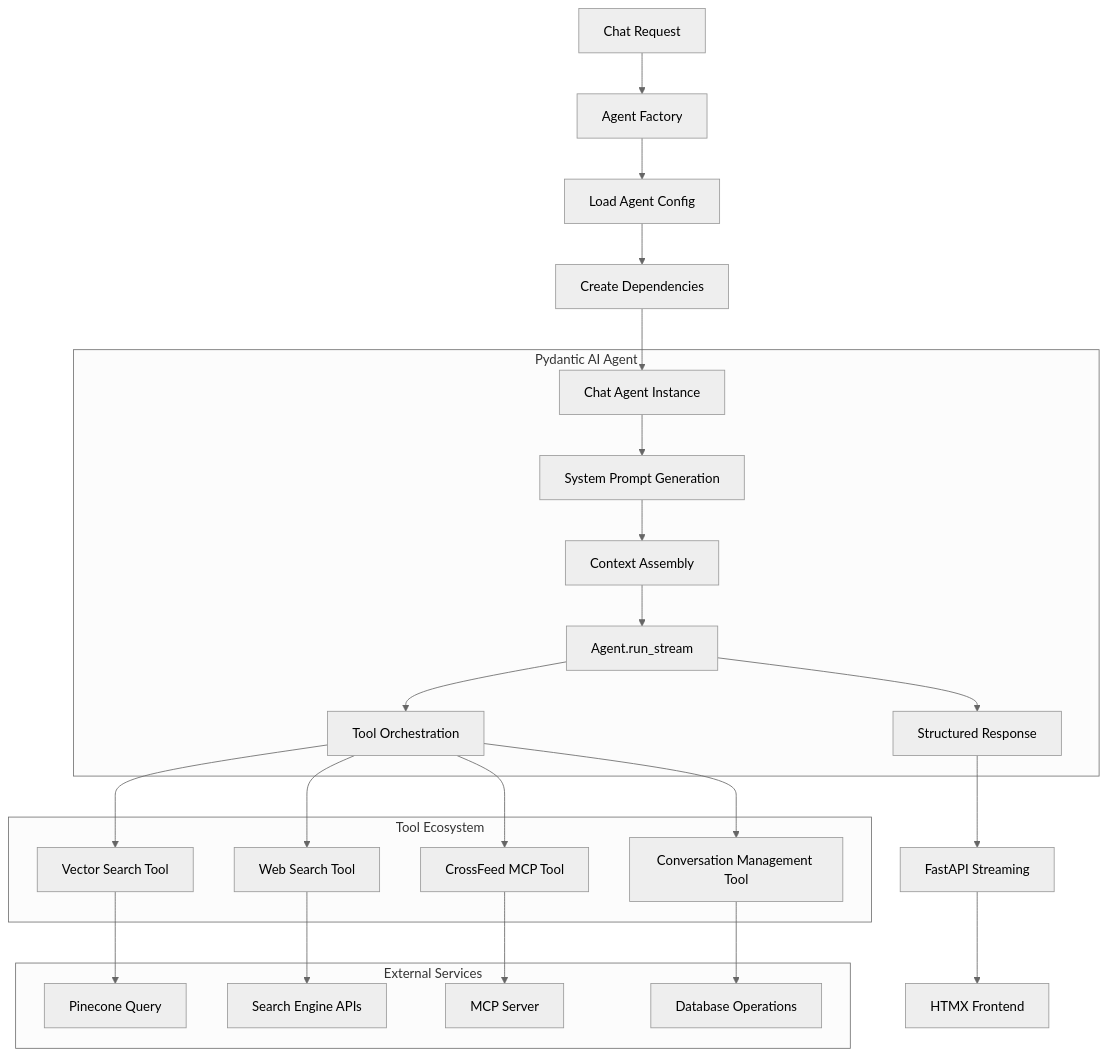
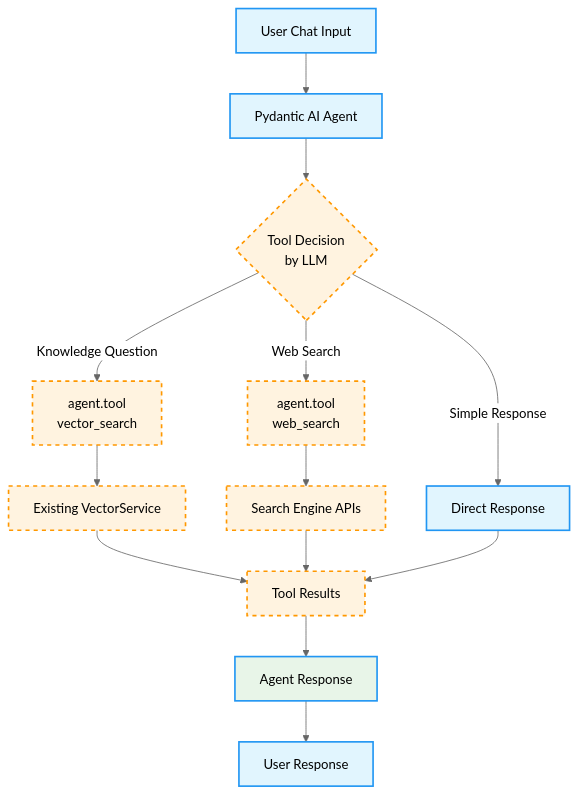
One commit to creatifire/salient02 changed the second of 2 diagrams in memorybank/project-management/0017-simple-chat-agent.md. Above: the diagram before and after it, drawn with Mermaid (neutral theme). The commit also changed other lines of this file, not shown here.

First line of the commit message:
feat: incorporate parallel endpoint strategy into simple chat agent design

````diff
--- a/memorybank/project-management/0017-simple-chat-agent.md
+++ b/memorybank/project-management/0017-simple-chat-agent.md
@@ -11,49 +64,33 @@
 ```mermaid
 flowchart TD
-    A[Chat Request] --> B[Agent Factory]
-    B --> C[Load Agent Config]
-    C --> D[Create Dependencies]
-    D --> E[Chat Agent Instance]
+    A[User Chat Input] --> B[Pydantic AI Agent]
+    B --> C{"Tool Decision
+    by LLM"}
     
-    E --> F[System Prompt Generation]
-    F --> G[Context Assembly]
-    G --> H[Agent.run_stream]
+    C -->|Knowledge Question| D["agent.tool
+    vector_search"]
+    C -->|Web Search| E["agent.tool
+    web_search"]  
+    C -->|Simple Response| F[Direct Response]
     
-    H --> I[Tool Orchestration]
-    I --> J[Vector Search Tool]
-    I --> K[Web Search Tool] 
-    I --> L[CrossFeed MCP Tool]
-    I --> M[Conversation Management Tool]
+    D --> G[Existing VectorService]
+    E --> H[Search Engine APIs]
     
-    J --> N[Pinecone Query]
-    K --> O[Search Engine APIs]
-    L --> P[MCP Server]
-    M --> Q[Database Operations]
+    G --> I[Tool Results]
+    H --> I
+    F --> I
     
-    H --> R[Structured Response]
-    R --> S[FastAPI Streaming]
-    S --> T[HTMX Frontend]
+    I --> J[Agent Response]
+    J --> K[User Response]
     
-    subgraph "Pydantic AI Agent"
-        E
-        F
-        G
-        H
-        I
-        R
-    end
+    style B fill:#e1f5fe
+    style D fill:#fff3e0
+    style E fill:#fff3e0
+    style J fill:#e8f5e8
     
-    subgraph "Tool Ecosystem"
-        J
-        K
-        L
-        M
-    end
+    classDef implemented fill:#e1f5fe,stroke:#2196F3,stroke-width:2px
+    classDef pending fill:#fff3e0,stroke:#ff9800,stroke-width:2px,stroke-dasharray: 5 5
     
-    subgraph "External Services"
-        N
-        O
-        P
-        Q
-    end
+    class A,B,F,J,K implemented
+    class C,D,E,G,H,I pending
 ```
````
